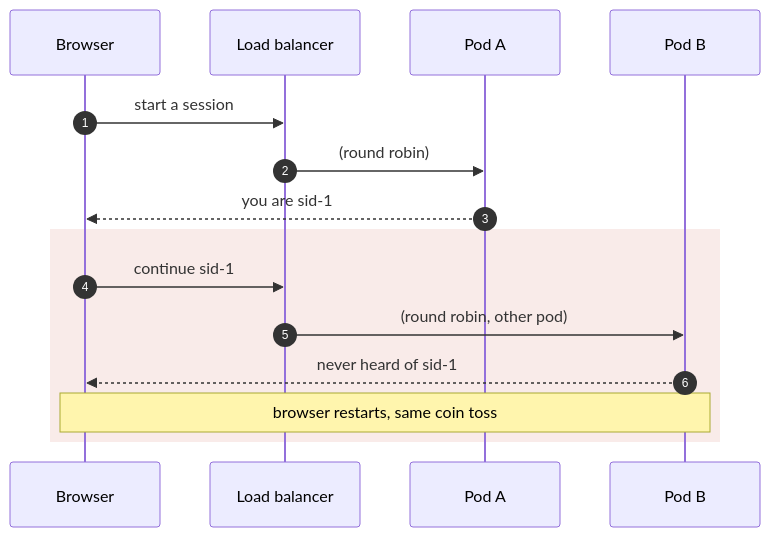
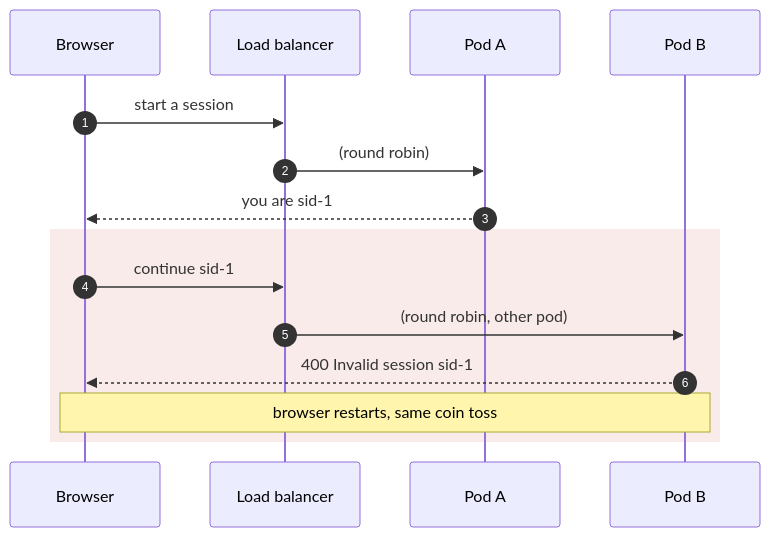
The third of 16 diagrams in docs/TESTING-SCALING.md (selvakumarperumal/Corporate_Filing_Analyzer_Agent), drawn with Mermaid before and after one commit. The commit also changed other lines of this file, not shown here.

Commit message:
docs: clarify sticky session cookie hashing, Redis socket limitations, and polling transport tradeoffs in scaling test guide

````diff
--- a/docs/TESTING-SCALING.md
+++ b/docs/TESTING-SCALING.md
@@ -440,17 +440,17 @@
 ```mermaid
 sequenceDiagram
   autonumber
   participant C as Browser
   participant LB as Load balancer
   participant A as Pod A
   participant B as Pod B
   C->>LB: start a session
   LB->>A: (round robin)
   A-->>C: you are sid-1
   rect rgba(192, 57, 43, 0.10)
     C->>LB: continue sid-1
     LB->>B: (round robin, other pod)
-    B-->>C: never heard of sid-1
+    B-->>C: 400 Invalid session sid-1
     Note over C,B: browser restarts, same coin toss
   end
 ```
````
